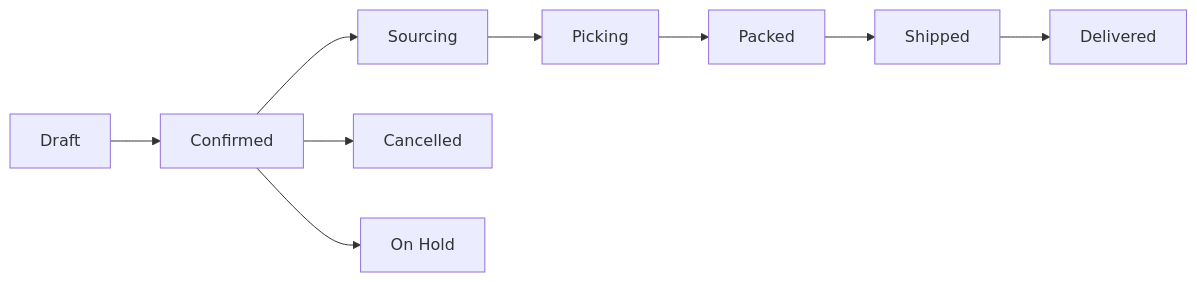
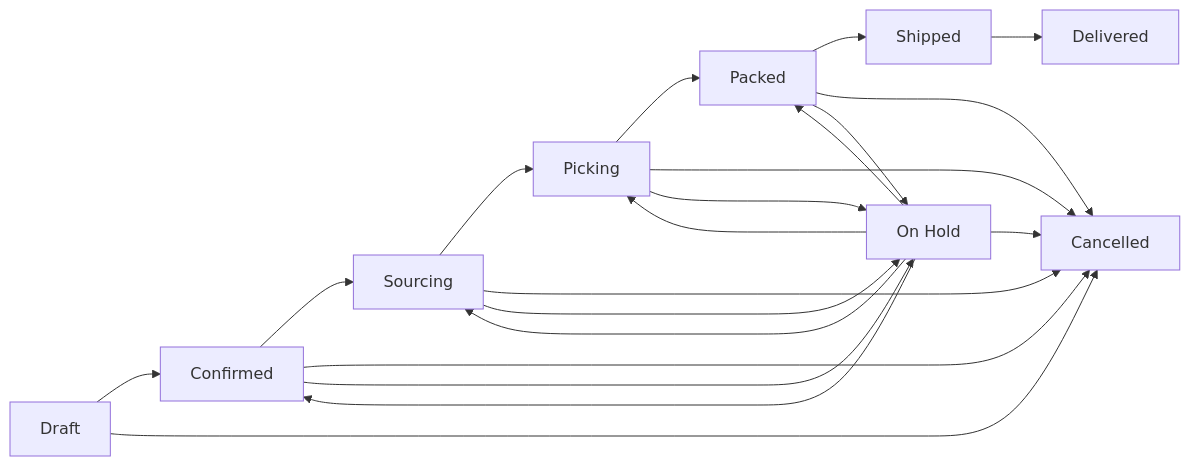
The diagram in docs/user-guide/orders.md (librestock/documentation), drawn with Mermaid before and after one commit. The commit also changed other lines of this file and 55 other files, not shown here.

````diff
--- a/docs/user-guide/orders.md
+++ b/docs/user-guide/orders.md
@@ -12,11 +9,23 @@
 ```mermaid
 graph LR
     A[Draft] --> B[Confirmed]
     B --> C[Sourcing]
     C --> D[Picking]
     D --> E[Packed]
     E --> F[Shipped]
     F --> G[Delivered]
-    B --> H[Cancelled]
+    A --> H[Cancelled]
+    B --> H
+    C --> H
+    D --> H
+    E --> H
     B --> I[On Hold]
+    C --> I
+    D --> I
+    E --> I
+    I --> H
+    I --> B
+    I --> C
+    I --> D
+    I --> E
 ```
````
